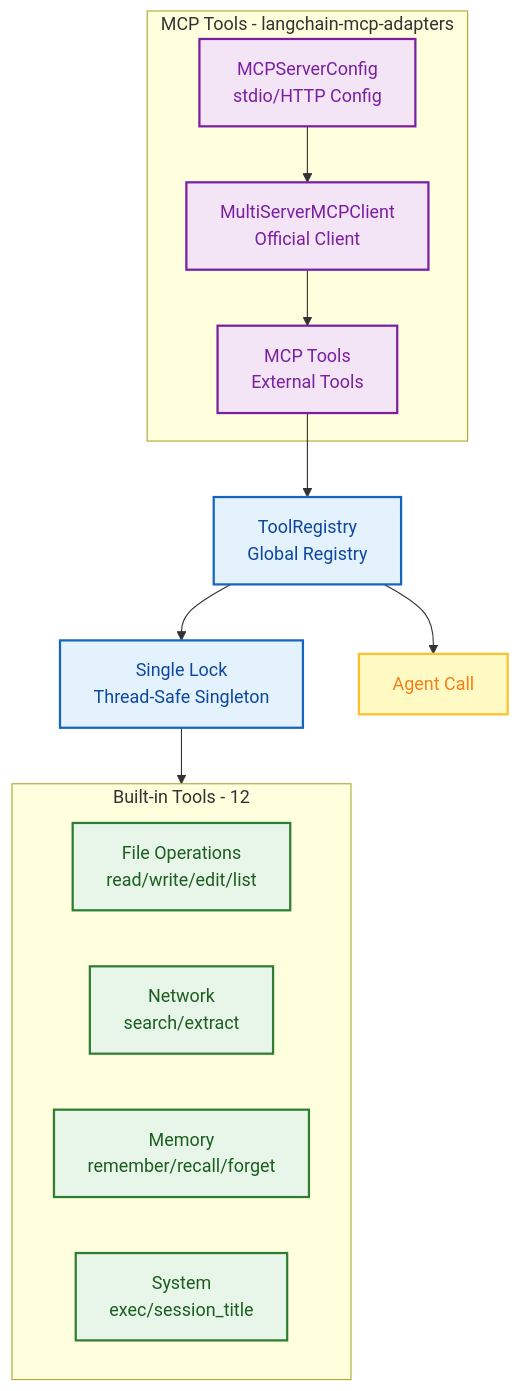
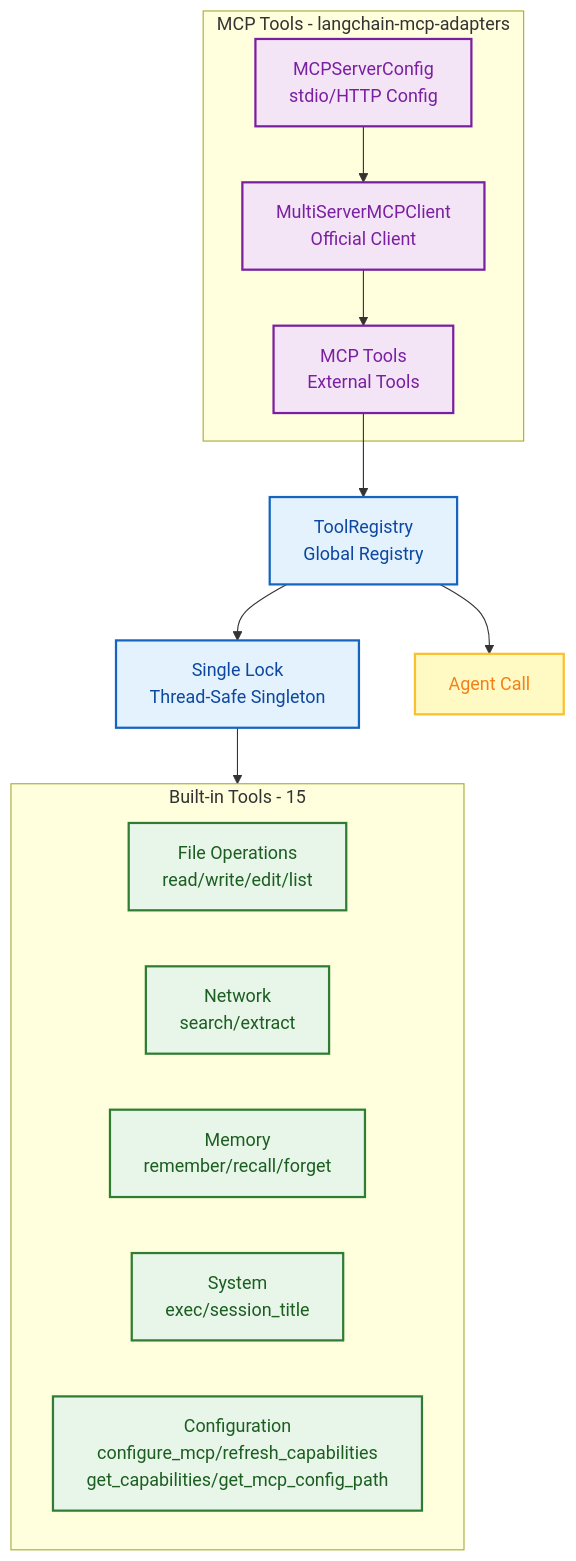
One commit to xt765/FinchBot changed the sixth of 8 diagrams in docs/en-US/blog/finchbot-flexible-ai-agent-framework.md. Above: the diagram before and after it, drawn with Mermaid. The commit also changed other lines of this file and 4 other files, not shown here.

````diff
--- a/docs/en-US/blog/finchbot-flexible-ai-agent-framework.md
+++ b/docs/en-US/blog/finchbot-flexible-ai-agent-framework.md
@@ -404,30 +415,31 @@
 ```mermaid
 flowchart TB
     classDef registry fill:#e3f2fd,stroke:#1565c0,stroke-width:2px,color:#0d47a1;
     classDef builtin fill:#e8f5e9,stroke:#2e7d32,stroke-width:2px,color:#1b5e20;
     classDef mcp fill:#f3e5f5,stroke:#7b1fa2,stroke-width:2px,color:#7b1fa2;
     classDef agent fill:#fff9c4,stroke:#fbc02d,stroke-width:2px,color:#f57f17;
 
     TR[ToolRegistry<br/>Global Registry]:::registry
     Lock[Single Lock<br/>Thread-Safe Singleton]:::registry
 
-    subgraph BuiltIn [Built-in Tools - 12]
+    subgraph BuiltIn [Built-in Tools - 15]
         File[File Operations<br/>read/write/edit/list]:::builtin
         Web[Network<br/>search/extract]:::builtin
         Memory[Memory<br/>remember/recall/forget]:::builtin
         System[System<br/>exec/session_title]:::builtin
+        Config[Configuration<br/>configure_mcp/refresh_capabilities<br/>get_capabilities/get_mcp_config_path]:::builtin
     end
 
     subgraph MCP [MCP Tools - langchain-mcp-adapters]
         MCPConfig[MCPServerConfig<br/>stdio/HTTP Config]:::mcp
         MCPClient[MultiServerMCPClient<br/>Official Client]:::mcp
         MCPTools[MCP Tools<br/>External Tools]:::mcp
     end
 
     Agent[Agent Call]:::agent
 
     TR --> Lock
     Lock --> BuiltIn
     MCPConfig --> MCPClient --> MCPTools --> TR
     TR --> Agent
 ```
````
